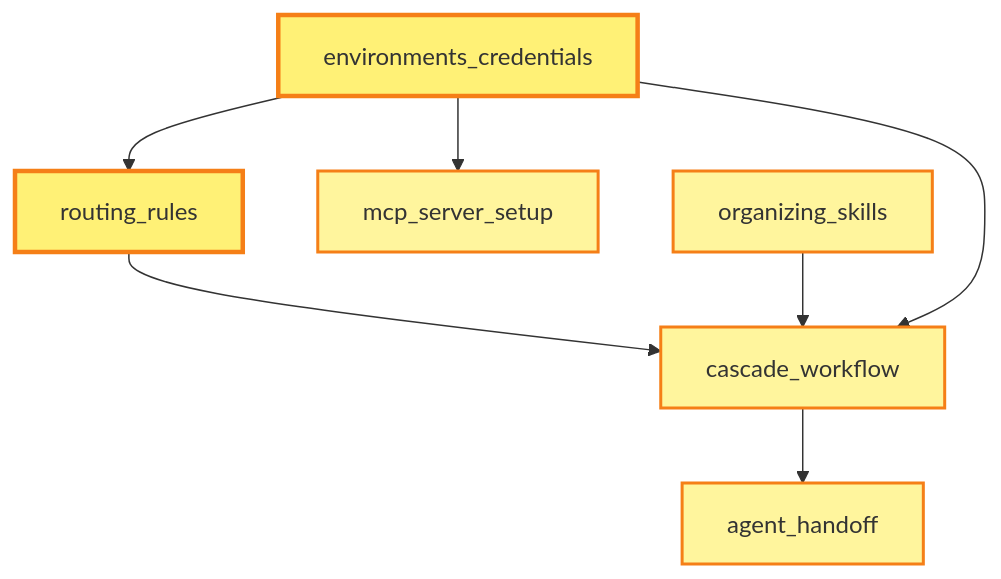
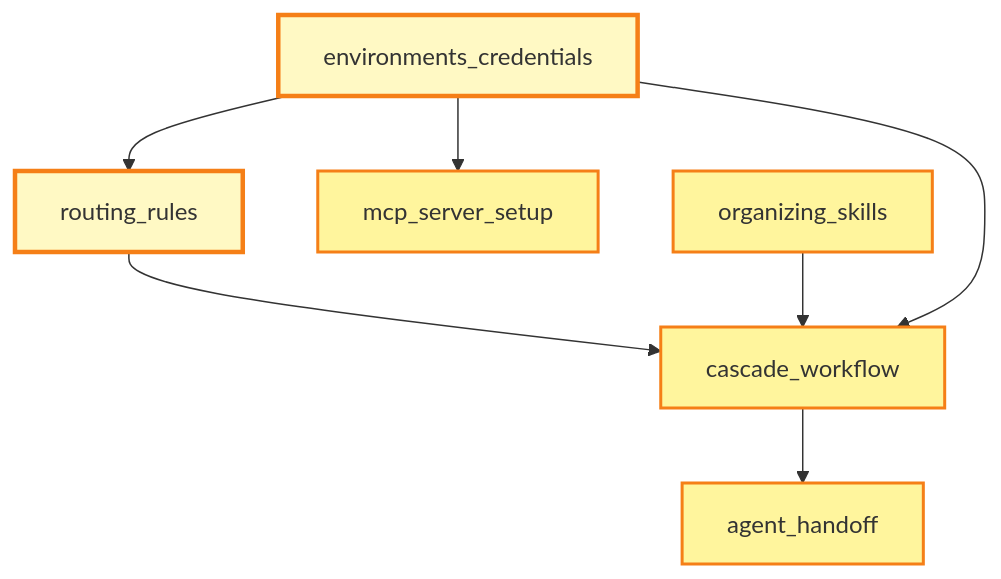
The fifth of 7 diagrams in SKILLS_DIAGRAM.md (adourish/skills), drawn with Mermaid before and after one commit. The commit also changed other lines of this file and 124 other files, not shown here.

First line of the commit message:
Add 4 new skills with comprehensive mermaid diagrams and update diagrams

````diff
--- a/SKILLS_DIAGRAM.md
+++ b/SKILLS_DIAGRAM.md
@@ -226,28 +226,28 @@
 ```mermaid
 flowchart TD
     %% System Setup
     EC[environments_credentials]
     RR[routing_rules]
     MCP[mcp_server_setup]
     CW[cascade_workflow]
     AH[agent_handoff]
     OS[organizing_skills]
     
     %% Dependencies
     EC --> MCP
     RR --> CW
     CW --> AH
     OS --> CW
     
     %% All depend on credentials
     EC --> RR
     EC --> CW
     
     %% Styling
-    style EC fill:#fff176,stroke:#f57f17,stroke-width:3px
-    style RR fill:#fff176,stroke:#f57f17,stroke-width:3px
+    style EC fill:#fff9c4,stroke:#f57f17,stroke-width:3px
+    style RR fill:#fff9c4,stroke:#f57f17,stroke-width:3px
     style MCP fill:#fff59d,stroke:#f57f17,stroke-width:2px
     style CW fill:#fff59d,stroke:#f57f17,stroke-width:2px
     style AH fill:#fff59d,stroke:#f57f17,stroke-width:2px
     style OS fill:#fff59d,stroke:#f57f17,stroke-width:2px
 ```
````
